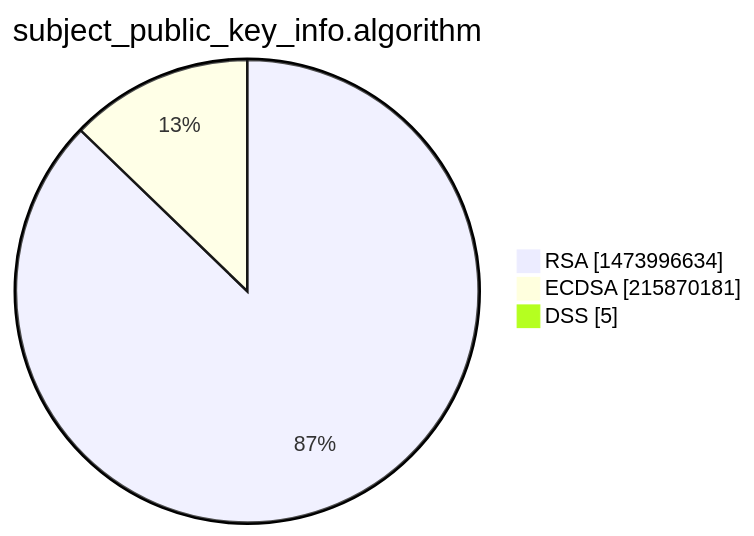
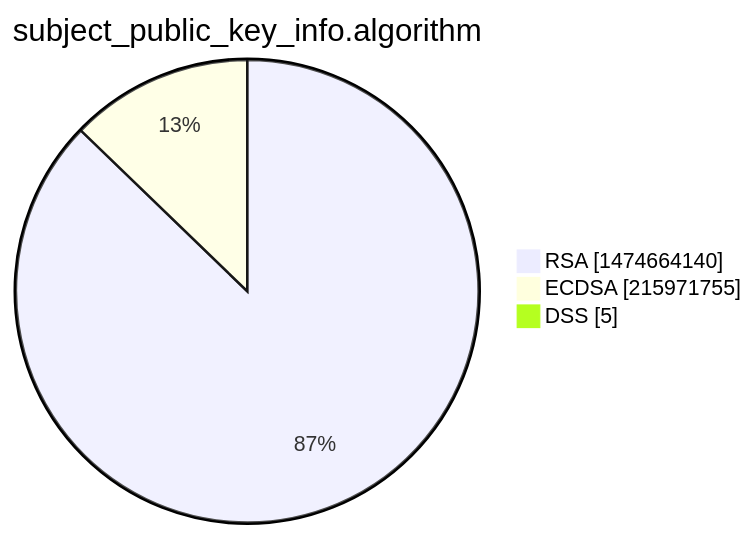
The third of 15 diagrams in xenon2022/README.md (christiankrug/ctmonitor_visualization), drawn with Mermaid before and after one commit. The commit also changed other lines of this file, not shown here.

````diff
--- a/xenon2022/README.md
+++ b/xenon2022/README.md
@@ -14,7 +14,7 @@
 ```mermaid
 pie showData
 title subject_public_key_info.algorithm
-"RSA" :1473996634
-"ECDSA" :215870181
+"RSA" :1474664140
+"ECDSA" :215971755
 "DSS" :5
 ```
````
